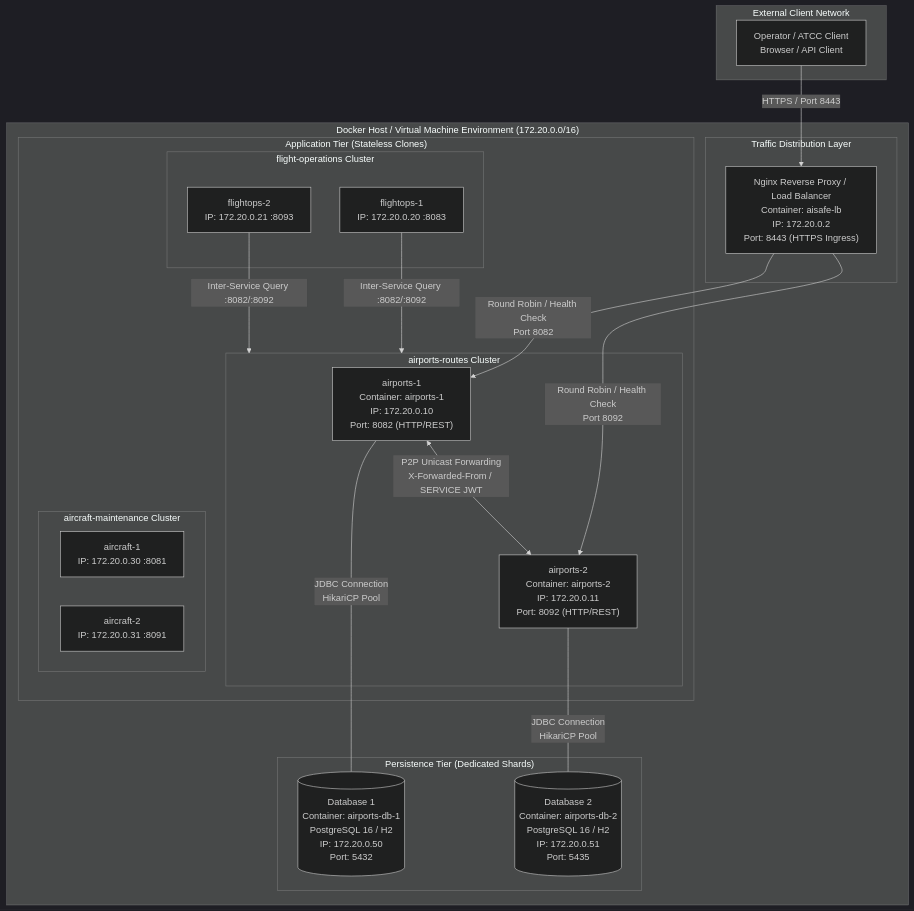
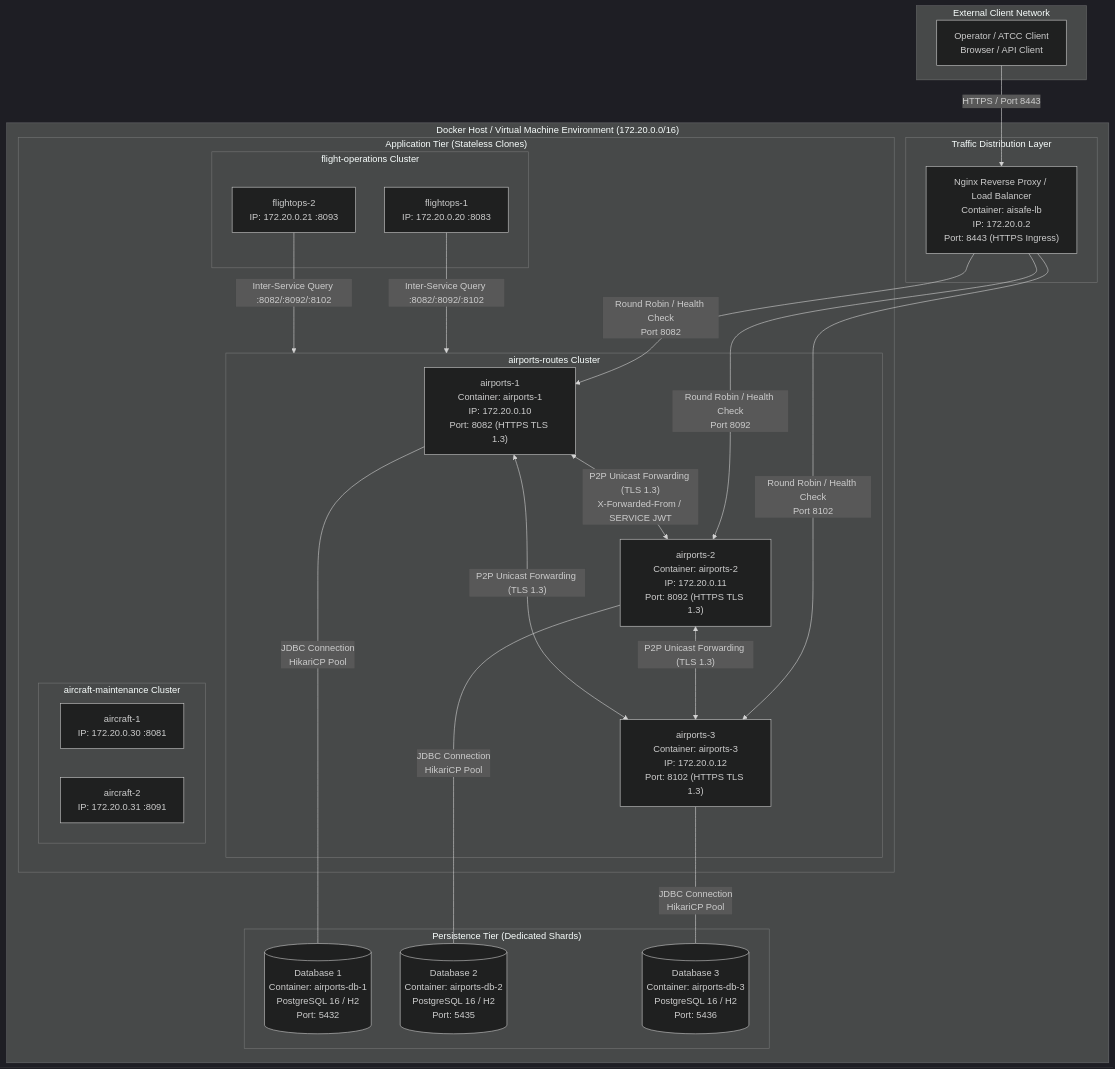
Before and after one commit to ImJay1527/airports-routes-service: the diagram in docs/diagrams/5-deployment-view.mmd, drawn with Mermaid (dark theme). The commit also changed 5 other files, not shown here.

Commit message:
docs: align architecture, C4+1 model, and service contracts with peer services

```diff
--- a/docs/diagrams/5-deployment-view.mmd
+++ b/docs/diagrams/5-deployment-view.mmd
@@ -1,40 +1,46 @@
 %% C4 Deployment View: Physical / Virtual Nodes & Network Topology
 flowchart TB
     subgraph ExtNet["External Client Network"]
         user["Operator / ATCC Client<br/>Browser / API Client"]
     end
 
     subgraph Host["Docker Host / Virtual Machine Environment (172.20.0.0/16)"]
         subgraph IngressTier["Traffic Distribution Layer"]
             lb["Nginx Reverse Proxy / Load Balancer<br/>Container: aisafe-lb<br/>IP: 172.20.0.2<br/>Port: 8443 (HTTPS Ingress)"]
         end
 
         subgraph AppTier["Application Tier (Stateless Clones)"]
             subgraph ARCluster["airports-routes Cluster"]
-                ar1["airports-1<br/>Container: airports-1<br/>IP: 172.20.0.10<br/>Port: 8082 (HTTP/REST)"]
-                ar2["airports-2<br/>Container: airports-2<br/>IP: 172.20.0.11<br/>Port: 8092 (HTTP/REST)"]
+                ar1["airports-1<br/>Container: airports-1<br/>IP: 172.20.0.10<br/>Port: 8082 (HTTPS TLS 1.3)"]
+                ar2["airports-2<br/>Container: airports-2<br/>IP: 172.20.0.11<br/>Port: 8092 (HTTPS TLS 1.3)"]
+                ar3["airports-3<br/>Container: airports-3<br/>IP: 172.20.0.12<br/>Port: 8102 (HTTPS TLS 1.3)"]
             end
             subgraph FOCluster["flight-operations Cluster"]
                 fo1["flightops-1<br/>IP: 172.20.0.20 :8083"]
                 fo2["flightops-2<br/>IP: 172.20.0.21 :8093"]
             end
             subgraph AMCluster["aircraft-maintenance Cluster"]
                 am1["aircraft-1<br/>IP: 172.20.0.30 :8081"]
                 am2["aircraft-2<br/>IP: 172.20.0.31 :8091"]
             end
         end
 
         subgraph StorageTier["Persistence Tier (Dedicated Shards)"]
-            db1[("Database 1<br/>Container: airports-db-1<br/>PostgreSQL 16 / H2<br/>IP: 172.20.0.50<br/>Port: 5432")]
-            db2[("Database 2<br/>Container: airports-db-2<br/>PostgreSQL 16 / H2<br/>IP: 172.20.0.51<br/>Port: 5435")]
+            db1[("Database 1<br/>Container: airports-db-1<br/>PostgreSQL 16 / H2<br/>Port: 5432")]
+            db2[("Database 2<br/>Container: airports-db-2<br/>PostgreSQL 16 / H2<br/>Port: 5435")]
+            db3[("Database 3<br/>Container: airports-db-3<br/>PostgreSQL 16 / H2<br/>Port: 5436")]
         end
     end
 
     user -->|"HTTPS / Port 8443"| lb
     lb -->|"Round Robin / Health Check<br/>Port 8082"| ar1
     lb -->|"Round Robin / Health Check<br/>Port 8092"| ar2
-    ar1 <-->|"P2P Unicast Forwarding<br/>X-Forwarded-From / SERVICE JWT"| ar2
+    lb -->|"Round Robin / Health Check<br/>Port 8102"| ar3
+    ar1 <-->|"P2P Unicast Forwarding (TLS 1.3)<br/>X-Forwarded-From / SERVICE JWT"| ar2
+    ar2 <-->|"P2P Unicast Forwarding (TLS 1.3)"| ar3
+    ar1 <-->|"P2P Unicast Forwarding (TLS 1.3)"| ar3
     ar1 ---|"JDBC Connection<br/>HikariCP Pool"| db1
     ar2 ---|"JDBC Connection<br/>HikariCP Pool"| db2
-    fo1 -->|"Inter-Service Query :8082/:8092"| ARCluster
-    fo2 -->|"Inter-Service Query :8082/:8092"| ARCluster
+    ar3 ---|"JDBC Connection<br/>HikariCP Pool"| db3
+    fo1 -->|"Inter-Service Query :8082/:8092/:8102"| ARCluster
+    fo2 -->|"Inter-Service Query :8082/:8092/:8102"| ARCluster
```
